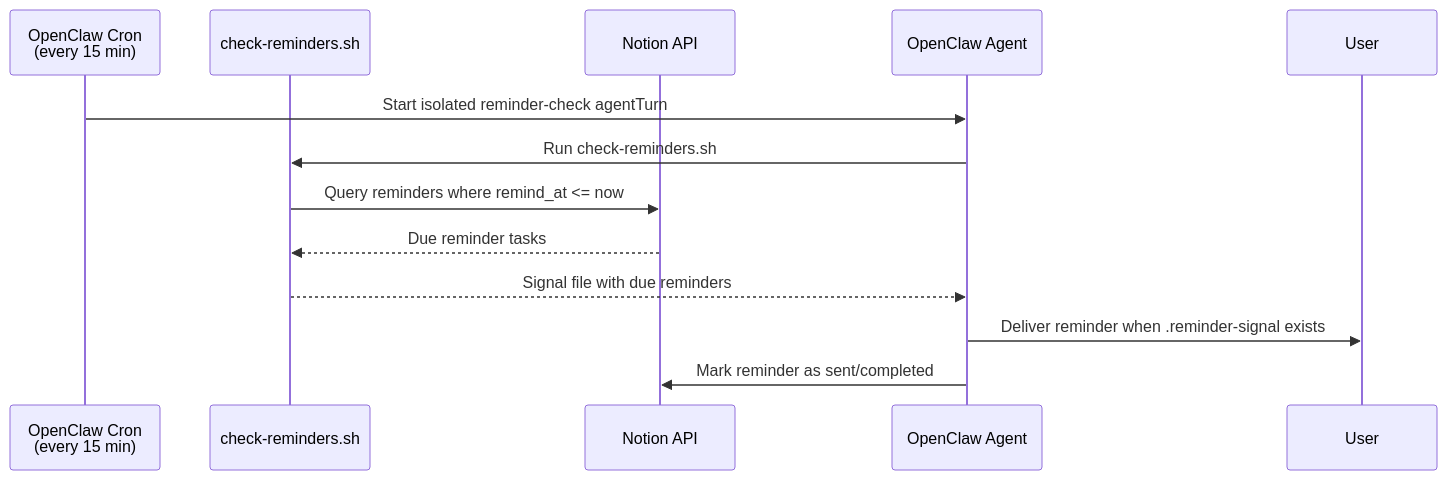
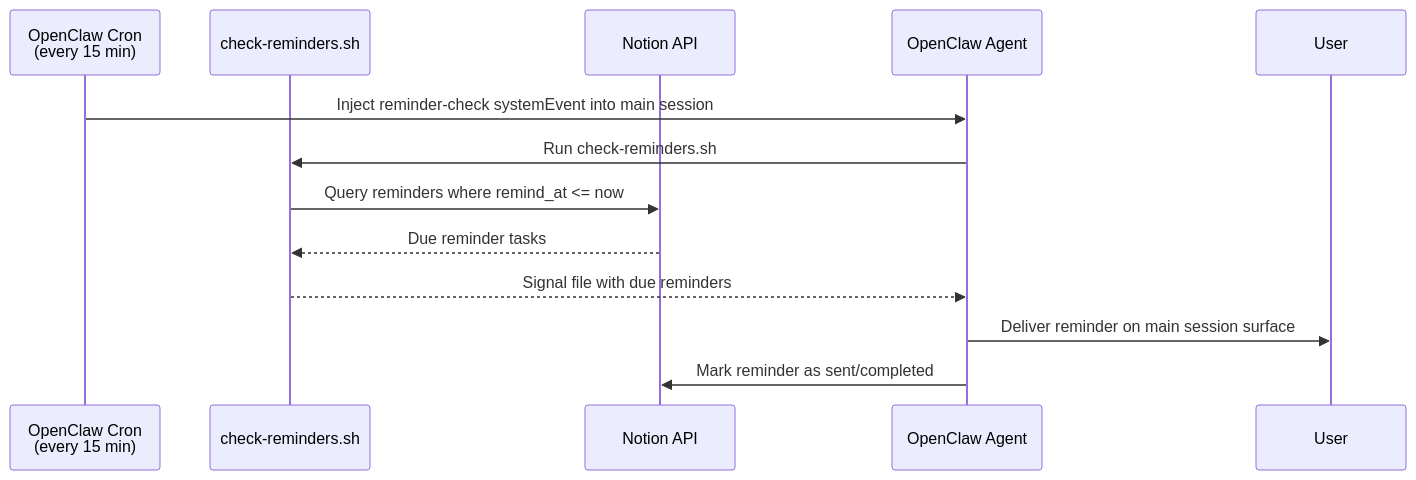
One commit to NickBorgersProbably/hide-my-list changed the fifth of 6 diagrams in docs/architecture.md. Above: the diagram before and after it, drawn with Mermaid. The commit also changed other lines of this file and 9 other files, not shown here.

````diff
--- a/docs/architecture.md
+++ b/docs/architecture.md
@@ -198,16 +198,16 @@
 ```mermaid
 sequenceDiagram
     participant Cron as OpenClaw Cron<br/>(every 15 min)
     participant Script as check-reminders.sh
     participant Notion as Notion API
     participant Agent as OpenClaw Agent
     participant User
 
-    Cron->>Agent: Start isolated reminder-check agentTurn
+    Cron->>Agent: Inject reminder-check systemEvent into main session
     Agent->>Script: Run check-reminders.sh
     Script->>Notion: Query reminders where remind_at <= now
     Notion-->>Script: Due reminder tasks
     Script-->>Agent: Signal file with due reminders
-    Agent->>User: Deliver reminder when .reminder-signal exists
+    Agent->>User: Deliver reminder on main session surface
     Agent->>Notion: Mark reminder as sent/completed
 ```
````
